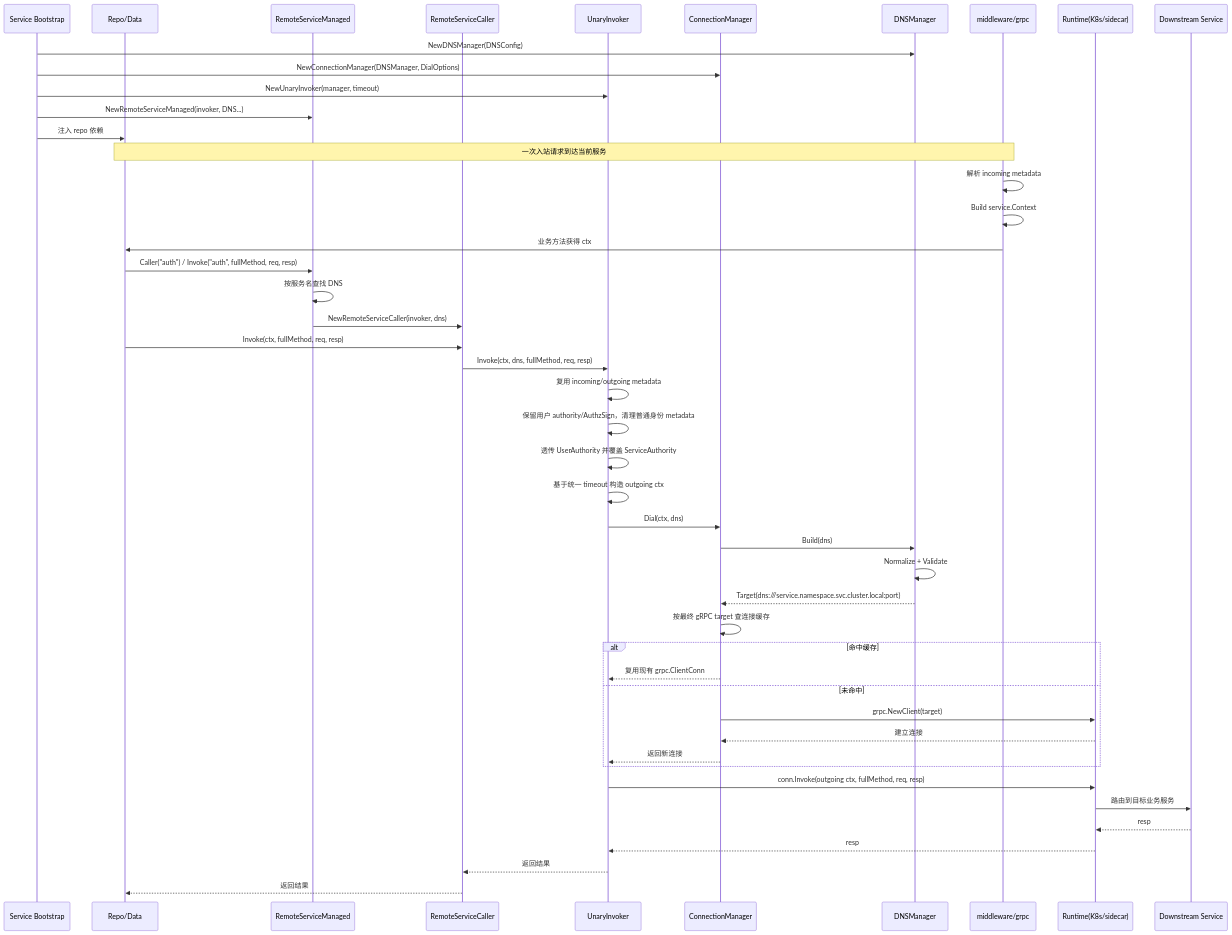
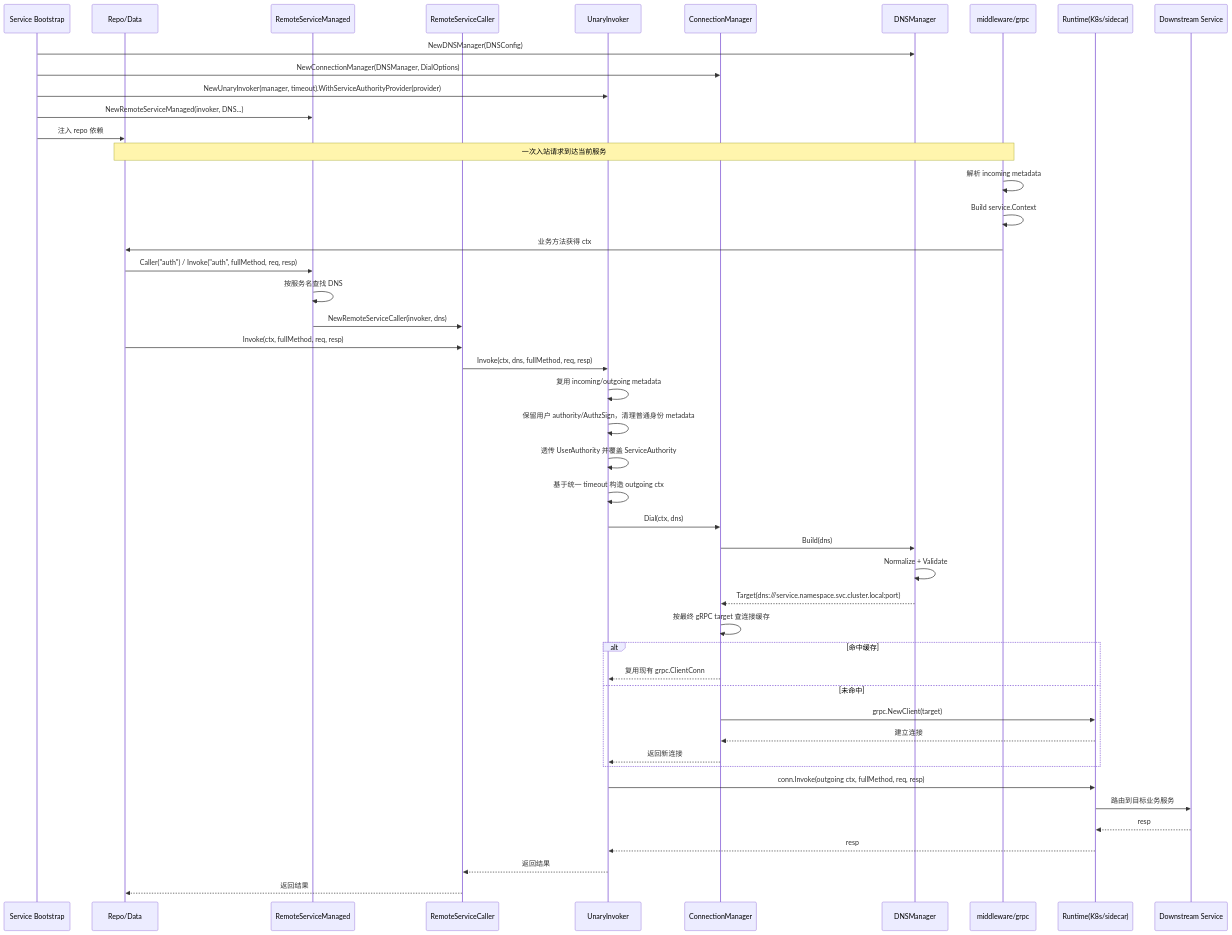
The diagram in invocation/docs/ARCHITECTURE.md (fireflycore/go-micro), drawn with Mermaid before and after one commit. The commit also changed other lines of this file and 1 other file, not shown here.

````diff
--- a/invocation/docs/ARCHITECTURE.md
+++ b/invocation/docs/ARCHITECTURE.md
@@ -155,54 +156,54 @@
 ```mermaid
 sequenceDiagram
     participant Boot as Service Bootstrap
     participant Repo as Repo/Data
     participant RSM as RemoteServiceManaged
     participant RSC as RemoteServiceCaller
     participant UI as UnaryInvoker
     participant CM as ConnectionManager
     participant DM as DNSManager
     participant MG as middleware/grpc
     participant RT as Runtime(K8s/sidecar)
     participant Down as Downstream Service
 
     Boot->>DM: NewDNSManager(DNSConfig)
     Boot->>CM: NewConnectionManager(DNSManager, DialOptions)
-    Boot->>UI: NewUnaryInvoker(manager, timeout)
+    Boot->>UI: NewUnaryInvoker(manager, timeout).WithServiceAuthorityProvider(provider)
     Boot->>RSM: NewRemoteServiceManaged(invoker, DNS...)
     Boot->>Repo: 注入 repo 依赖
 
     Note over MG,Repo: 一次入站请求到达当前服务
     MG->>MG: 解析 incoming metadata
     MG->>MG: Build service.Context
     MG->>Repo: 业务方法获得 ctx
 
     Repo->>RSM: Caller("auth") / Invoke("auth", fullMethod, req, resp)
     RSM->>RSM: 按服务名查找 DNS
     RSM->>RSC: NewRemoteServiceCaller(invoker, dns)
     Repo->>RSC: Invoke(ctx, fullMethod, req, resp)
 
     RSC->>UI: Invoke(ctx, dns, fullMethod, req, resp)
     UI->>UI: 复用 incoming/outgoing metadata
     UI->>UI: 保留用户 authority/AuthzSign，清理普通身份 metadata
     UI->>UI: 透传 UserAuthority 并覆盖 ServiceAuthority
     UI->>UI: 基于统一 timeout 构造 outgoing ctx
     UI->>CM: Dial(ctx, dns)
     CM->>DM: Build(dns)
     DM->>DM: Normalize + Validate
     DM-->>CM: Target(dns:///service.namespace.svc.cluster.local:port)
     CM->>CM: 按最终 gRPC target 查连接缓存
     alt 命中缓存
         CM-->>UI: 复用现有 grpc.ClientConn
     else 未命中
         CM->>RT: grpc.NewClient(target)
         RT-->>CM: 建立连接
         CM-->>UI: 返回新连接
     end
 
     UI->>RT: conn.Invoke(outgoing ctx, fullMethod, req, resp)
     RT->>Down: 路由到目标业务服务
     Down-->>RT: resp
     RT-->>UI: resp
     UI-->>RSC: 返回结果
     RSC-->>Repo: 返回结果
 ```
````
